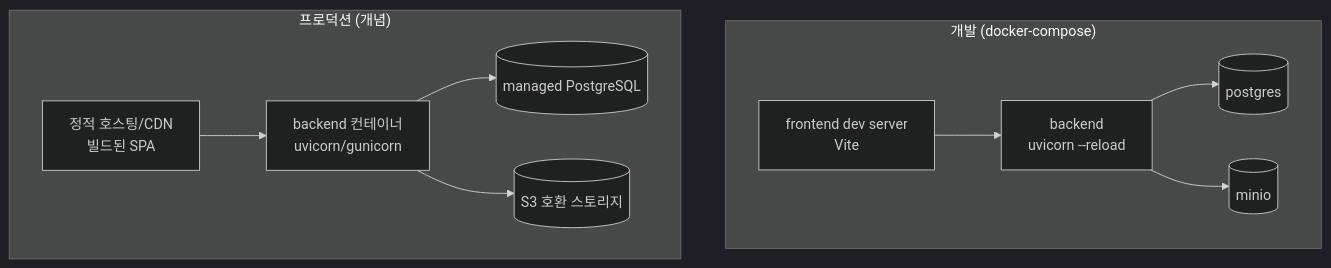
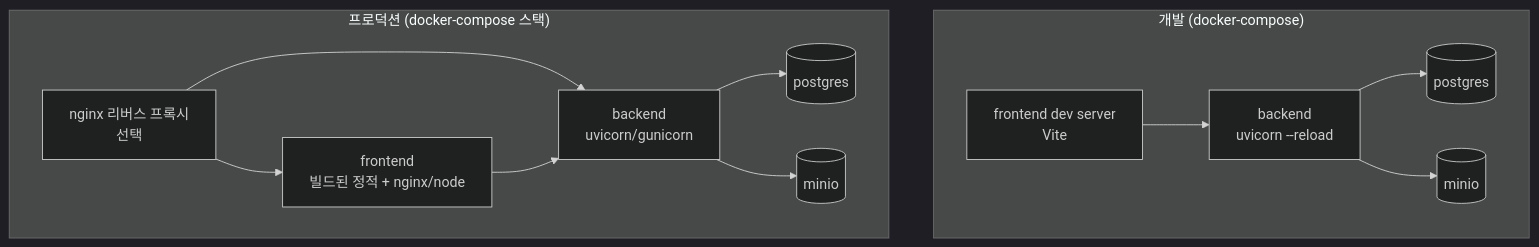
The diagram in docs/architecture/deployment.md (dalli/boards), drawn with Mermaid (dark theme) before and after one commit. The commit also changed other lines of this file and 11 other files, not shown here.

````diff
--- a/docs/architecture/deployment.md
+++ b/docs/architecture/deployment.md
@@ -5,19 +5,22 @@
 ```mermaid
 graph TB
   subgraph dev["개발 (docker-compose)"]
     FE[frontend dev server<br/>Vite]
     BE[backend<br/>uvicorn --reload]
     PGdev[(postgres)]
     MINIO[(minio)]
     FE --> BE --> PGdev
     BE --> MINIO
   end
-  subgraph prod["프로덕션 (개념)"]
-    CDN[정적 호스팅/CDN<br/>빌드된 SPA]
-    APP[backend 컨테이너<br/>uvicorn/gunicorn]
-    PGp[(managed PostgreSQL)]
-    S3p[(S3 호환 스토리지)]
-    CDN --> APP --> PGp
-    APP --> S3p
+  subgraph prod["프로덕션 (docker-compose 스택)"]
+    NGINX[nginx 리버스 프록시<br/>선택]
+    FEp[frontend<br/>빌드된 정적 + nginx/node]
+    BEp[backend<br/>uvicorn/gunicorn]
+    PGp[(postgres)]
+    MINIOp[(minio)]
+    NGINX --> FEp
+    NGINX --> BEp
+    FEp --> BEp --> PGp
+    BEp --> MINIOp
   end
 ```
````
